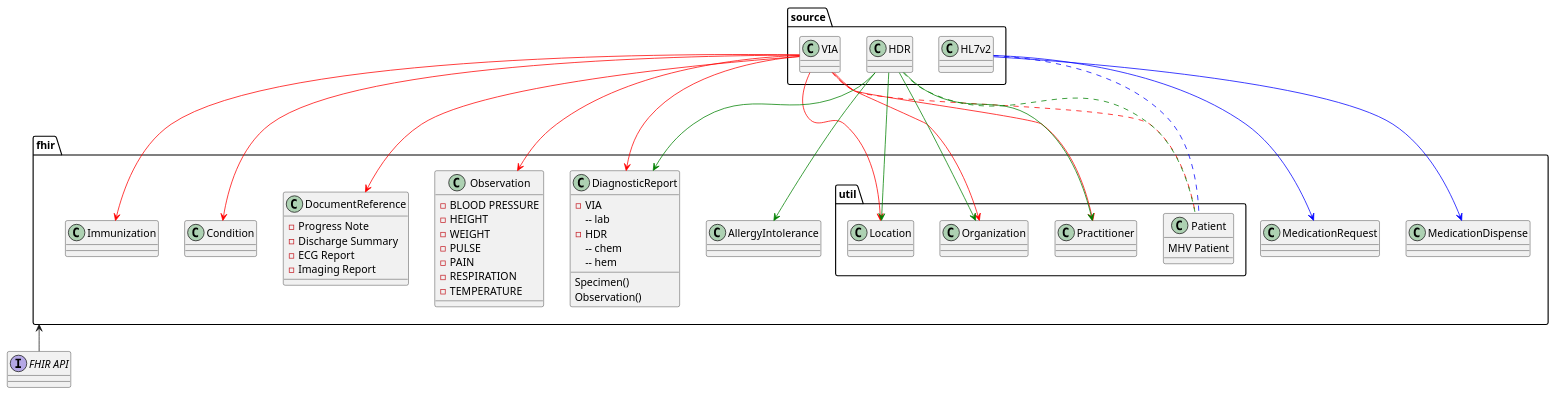
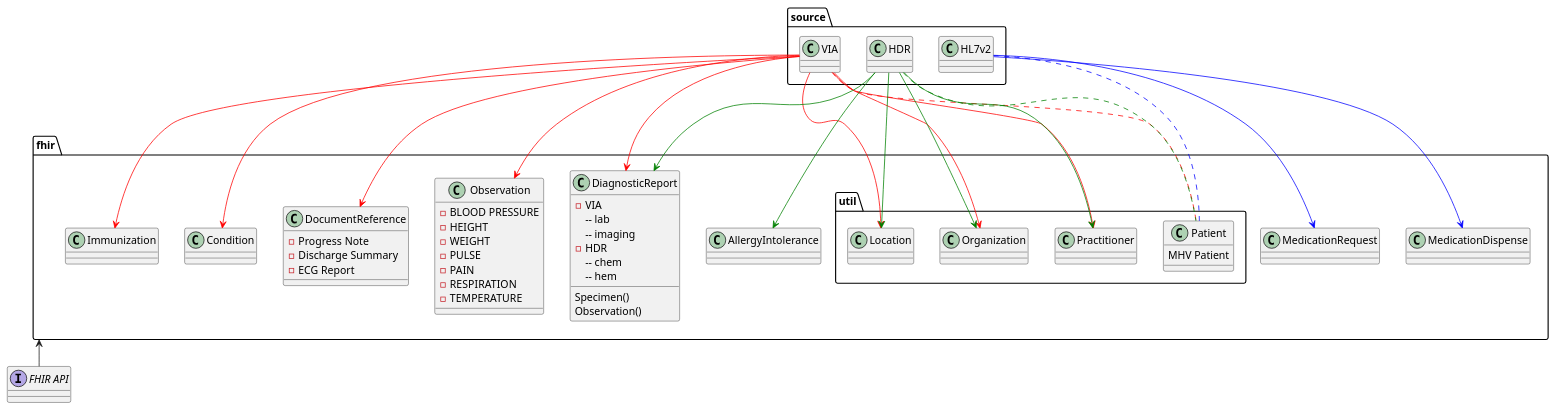
The diagram in input/images-source/data-flow.plantuml (department-of-veterans-affairs/mhv-fhir-phr-mapping), drawn with PlantUML before and after one commit. The commit also changed 24 other files, not shown here.

```diff
--- a/input/images-source/data-flow.plantuml
+++ b/input/images-source/data-flow.plantuml
@@ -1,76 +1,76 @@
 @startuml
 skinparam svgDimensionStyle false
 
 package source {
     class source.HDR
     class source.VIA
     class source.HL7v2
 }
 
 package fhir {
     package util {
         class fhir.util.Patient {
 MHV Patient 
              }
         class fhir.util.Practitioner
         class fhir.util.Location
         class fhir.util.Organization
     }
     class fhir.AllergyIntolerance
     class fhir.Immunization
     class fhir.Condition
     class fhir.DiagnosticReport {
         - VIA
         -- lab
+        -- imaging
         - HDR
         -- chem 
         -- hem 
         Specimen()
         Observation()
     }
     class fhir.DocumentReference {
         - Progress Note 
         - Discharge Summary
         - ECG Report
-        - Imaging Report
     }
     class fhir.Observation {
         - BLOOD PRESSURE 
         - HEIGHT
         - WEIGHT
         - PULSE 
         - PAIN 
         - RESPIRATION 
         - TEMPERATURE 
     }
     class fhir.MedicationRequest
     class fhir.MedicationDispense
 }
 
 source.HL7v2 -[#blue]down-> fhir.MedicationRequest
 source.HL7v2 -[#blue]down-> fhir.MedicationDispense
 source.HL7v2 ..[#blue]down. fhir.util.Patient
 
 source.VIA ..[#red]down. fhir.util.Patient
 source.VIA -[#red]down-> fhir.util.Practitioner
 source.VIA -[#red]down-> fhir.util.Location
 source.VIA -[#red]down-> fhir.util.Organization
 source.VIA -[#red]down-> fhir.Observation
 source.VIA -[#red]down-> fhir.DiagnosticReport
 
 source.VIA -[#red]down-> fhir.Condition
 source.VIA -[#red]down-> fhir.DocumentReference
 source.VIA -[#red]down-> fhir.Immunization
 
 source.HDR -[#green]down-> fhir.DiagnosticReport
 source.HDR -[#green]down-> fhir.AllergyIntolerance
 
 source.HDR ..[#green]down. fhir.util.Patient
 source.HDR -[#green]down-> fhir.util.Practitioner
 source.HDR -[#green]down-> fhir.util.Location
 source.HDR -[#green]down-> fhir.util.Organization
 
 interface "FHIR API" as API 
 API -up-> fhir
 
 @enduml
```
